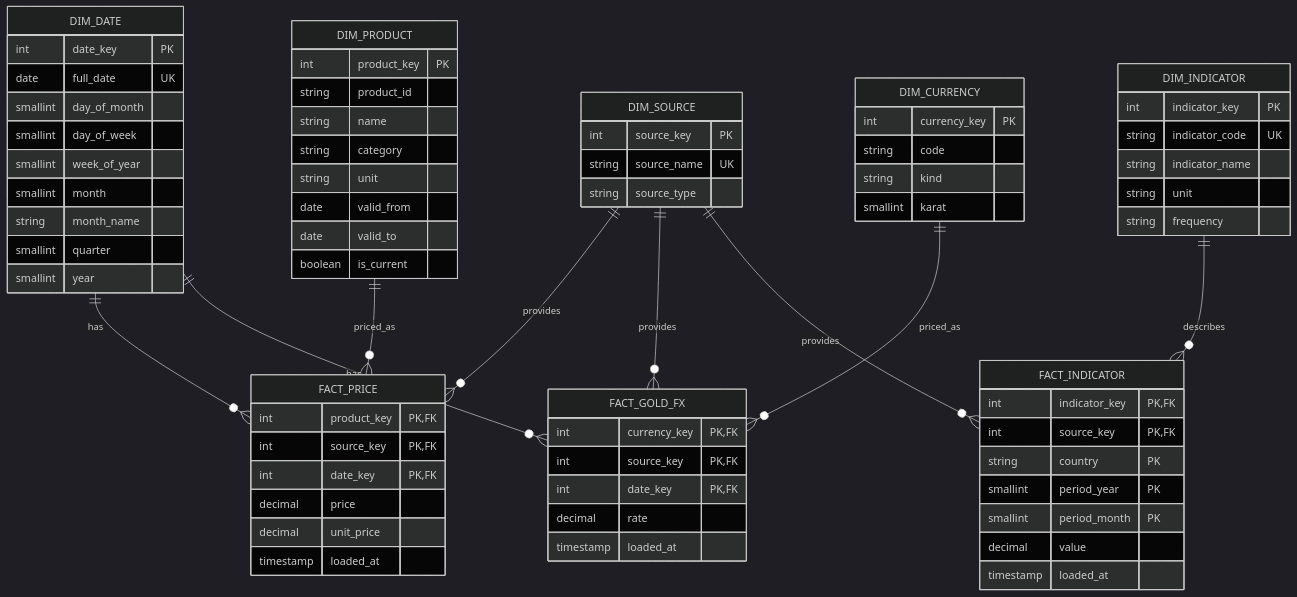
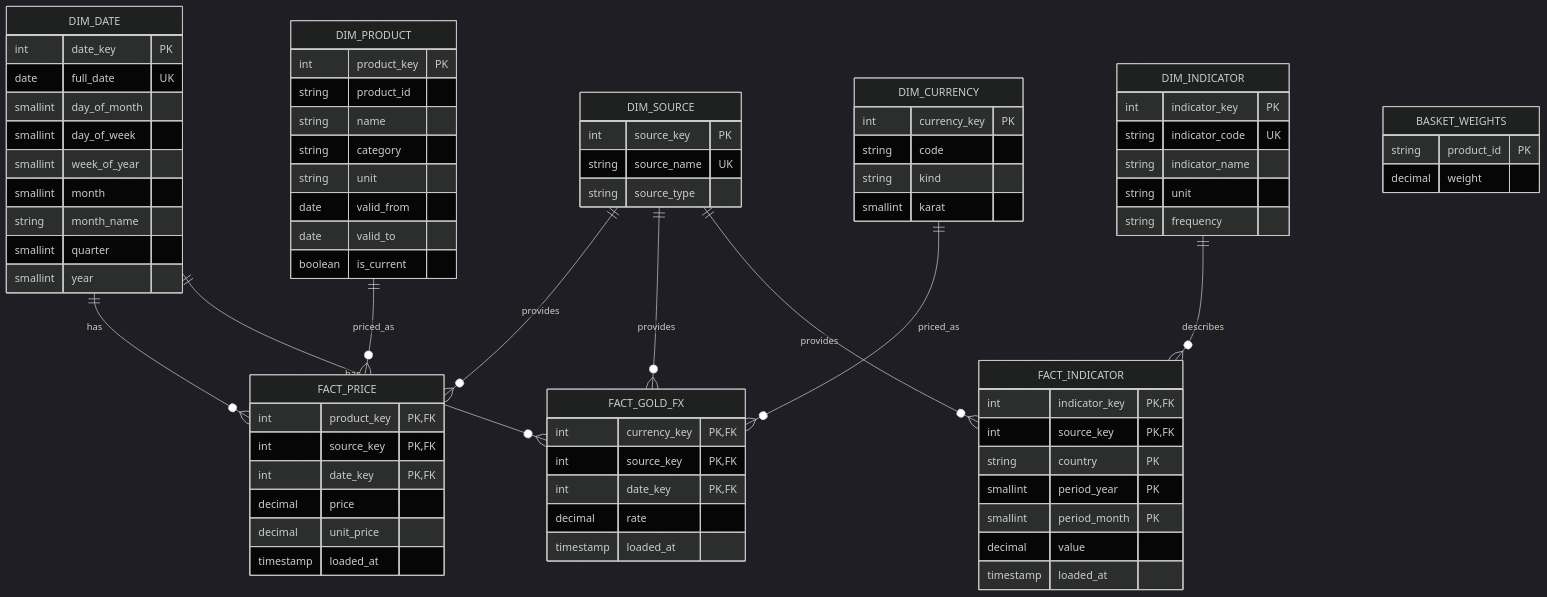
Before and after one commit to Ahmed-Hussam18/DEPI-Data-Engineering-Graduation-Project: the diagram in docs/erd/warehouse_erd.md, drawn with Mermaid (dark theme). The commit also changed other lines of this file, not shown here.

Commit message:
docs: add basket_weights to the ERD

````diff
--- a/docs/erd/warehouse_erd.md
+++ b/docs/erd/warehouse_erd.md
@@ -87,4 +87,9 @@
         decimal value
         timestamp loaded_at
     }
+
+    BASKET_WEIGHTS {
+        string product_id PK
+        decimal weight
+    }
 ```
````
